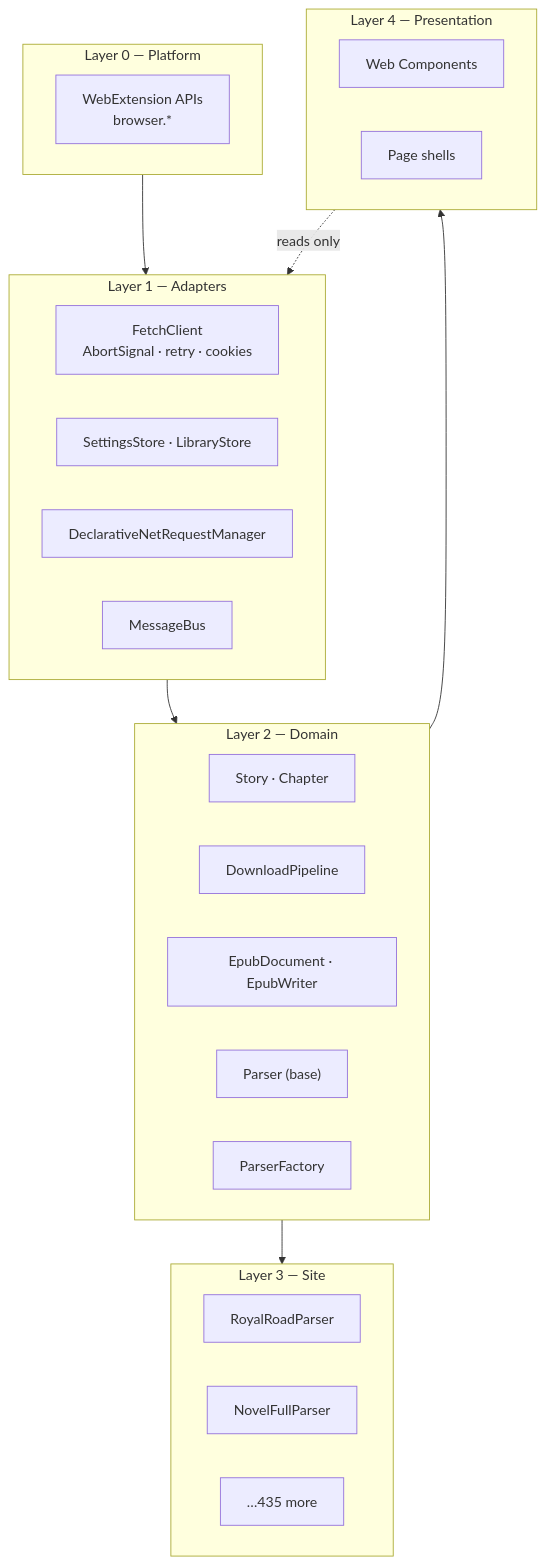
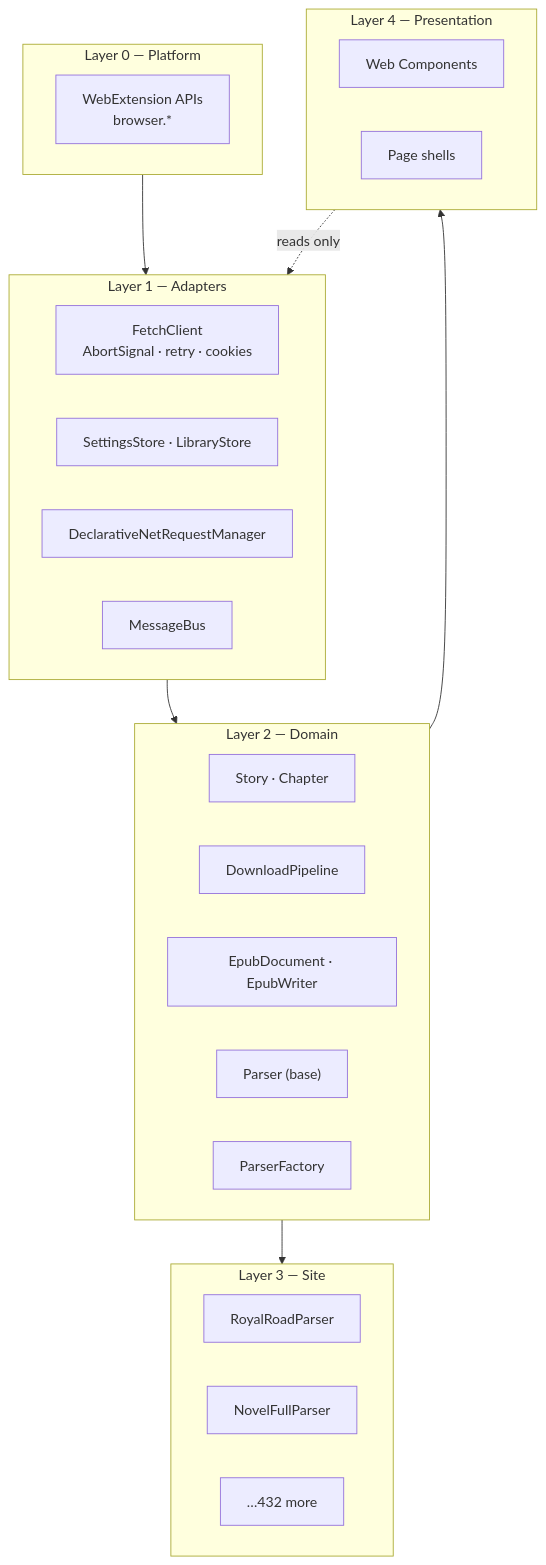
The second of 7 diagrams in docs/architecture/README.md (TheRebo/WebToEpub), drawn with Mermaid before and after one commit. The commit also changed other lines of this file and 23 other files, not shown here.

````diff
--- a/docs/architecture/README.md
+++ b/docs/architecture/README.md
@@ -49,34 +49,34 @@
 ```mermaid
 graph TD
     subgraph L0["Layer 0 — Platform"]
         webext["WebExtension APIs<br/>browser.*"]
     end
     subgraph L1["Layer 1 — Adapters"]
         fetch["FetchClient<br/>AbortSignal · retry · cookies"]
         store["SettingsStore · LibraryStore"]
         dnrmgr["DeclarativeNetRequestManager"]
         msg["MessageBus"]
     end
     subgraph L2["Layer 2 — Domain"]
         story["Story · Chapter"]
         pipeline["DownloadPipeline"]
         epub["EpubDocument · EpubWriter"]
         parserbase["Parser (base)"]
         factory["ParserFactory"]
     end
     subgraph L3["Layer 3 — Site"]
         p1["RoyalRoadParser"]
         p2["NovelFullParser"]
-        pN["…435 more"]
+        pN["…432 more"]
     end
     subgraph L4["Layer 4 — Presentation"]
         comps["Web Components"]
         shell["Page shells"]
     end
 
     L0 --> L1
     L1 --> L2
     L2 --> L3
     L2 --> L4
     L4 -.->|reads only| L1
 ```
````
